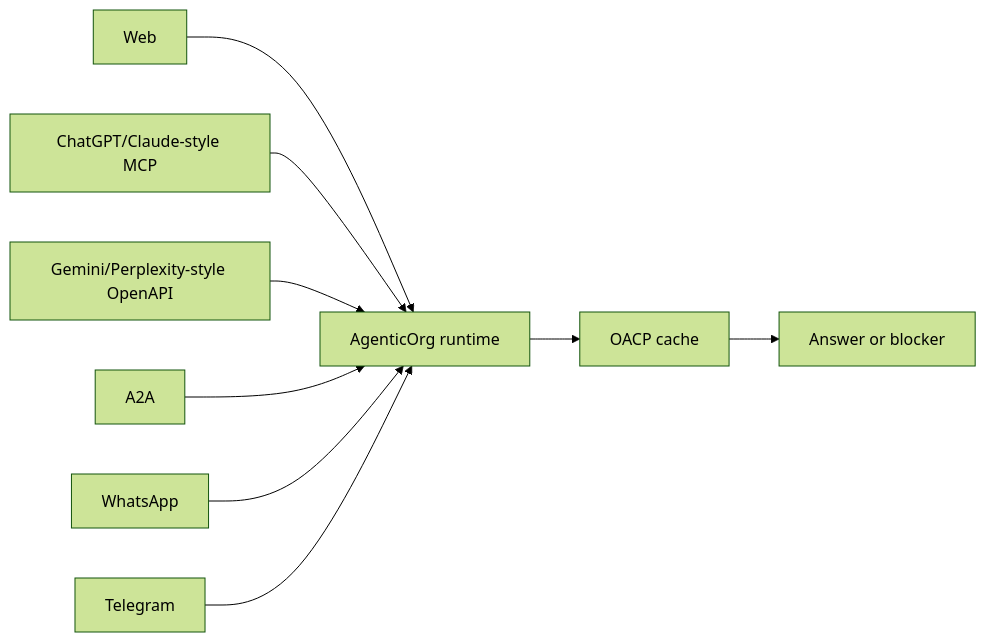
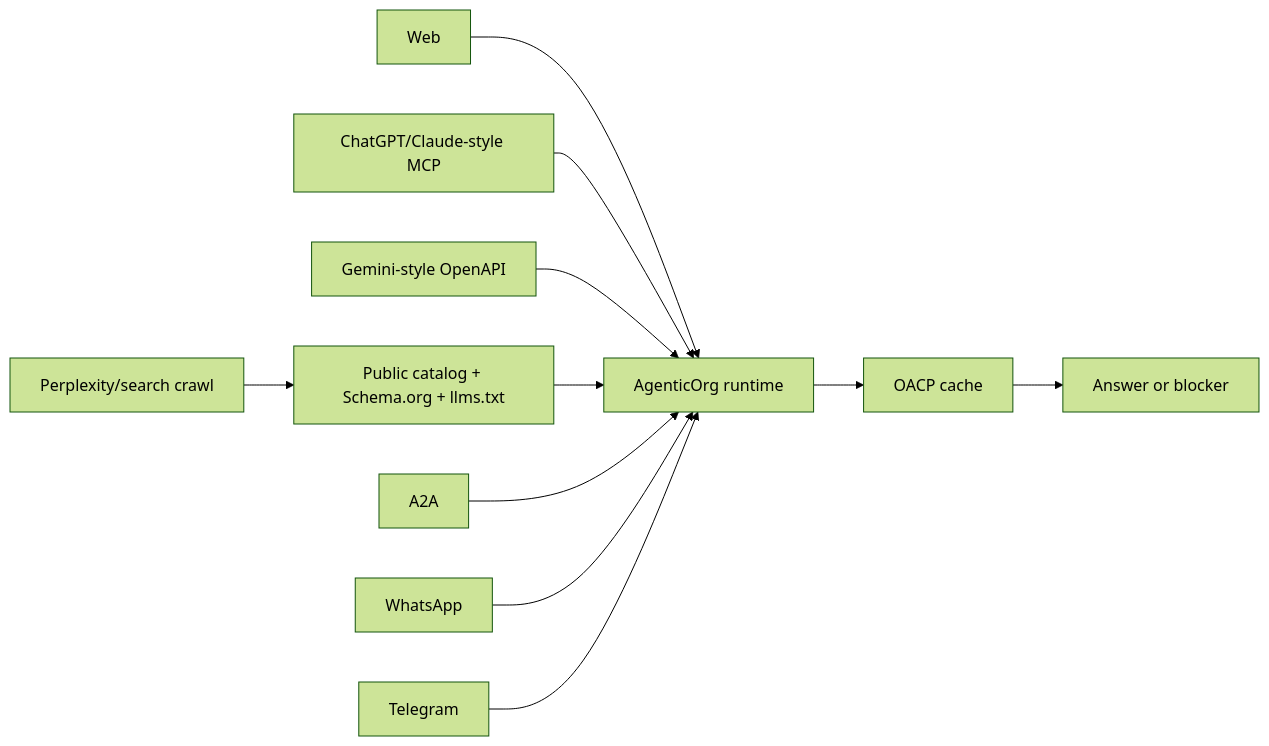
One commit to mishrasanjeev/agentic-org changed the diagram in docs/blog/how-chatgpt-claude-gemini-whatsapp-buyers-interact.md. Above: the diagram before and after it, drawn with Mermaid (forest theme). The commit also changed other lines of this file and 44 other files, not shown here.

````diff
--- a/docs/blog/how-chatgpt-claude-gemini-whatsapp-buyers-interact.md
+++ b/docs/blog/how-chatgpt-claude-gemini-whatsapp-buyers-interact.md
@@ -13,11 +13,13 @@
 ```mermaid
 flowchart LR
   web[Web] --> runtime[AgenticOrg runtime]
   mcp[ChatGPT/Claude-style MCP] --> runtime
-  openapi[Gemini/Perplexity-style OpenAPI] --> runtime
+  openapi[Gemini-style OpenAPI] --> runtime
+  search[Perplexity/search crawl] --> public[Public catalog + Schema.org + llms.txt]
+  public --> runtime
   a2a[A2A] --> runtime
   wa[WhatsApp] --> runtime
   tg[Telegram] --> runtime
   runtime --> cache[OACP cache]
   cache --> response[Answer or blocker]
 ```
````
